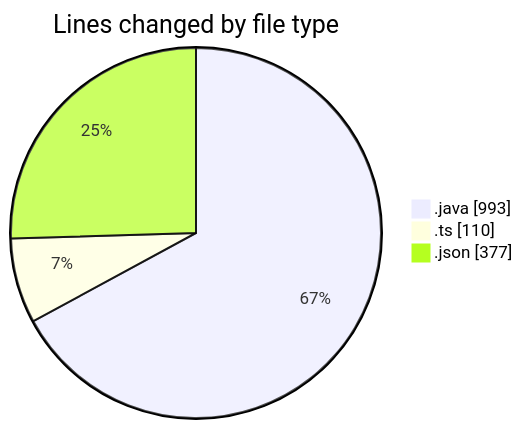
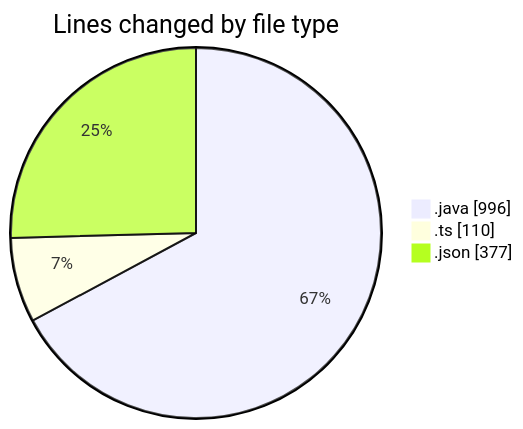
The first of 2 diagrams in 2025-02-20/micros/README.md (charlie-sans/code-tracking), drawn with Mermaid before and after one commit. The commit also changed other lines of this file and 1 other file, not shown here.

````diff
--- a/2025-02-20/micros/README.md
+++ b/2025-02-20/micros/README.md
@@ -26,7 +26,7 @@
 ```mermaid
 pie showData
 title Lines changed by file type
-".java" : 993
+".java" : 996
 ".ts" : 110
 ".json" : 377
 ```
````
